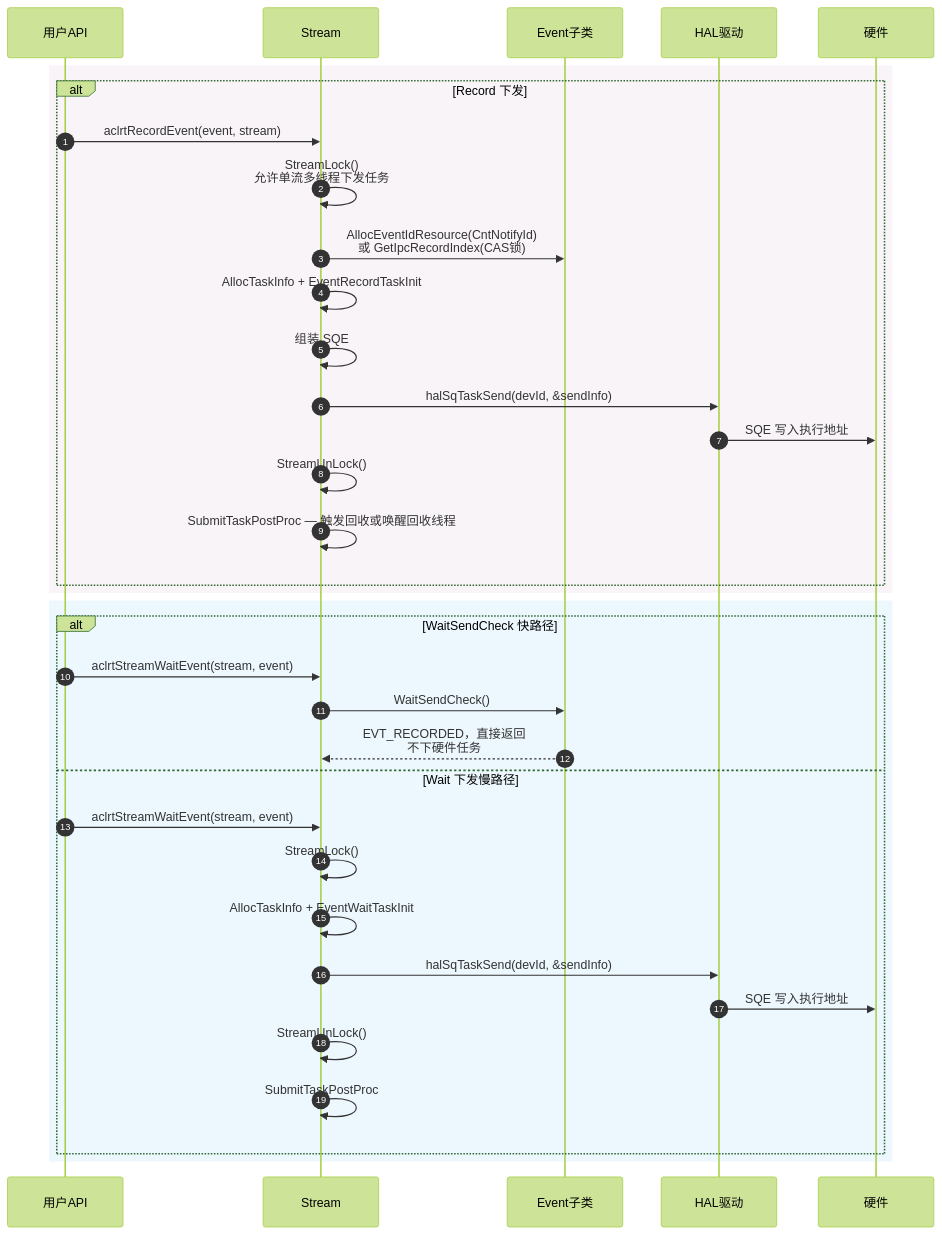
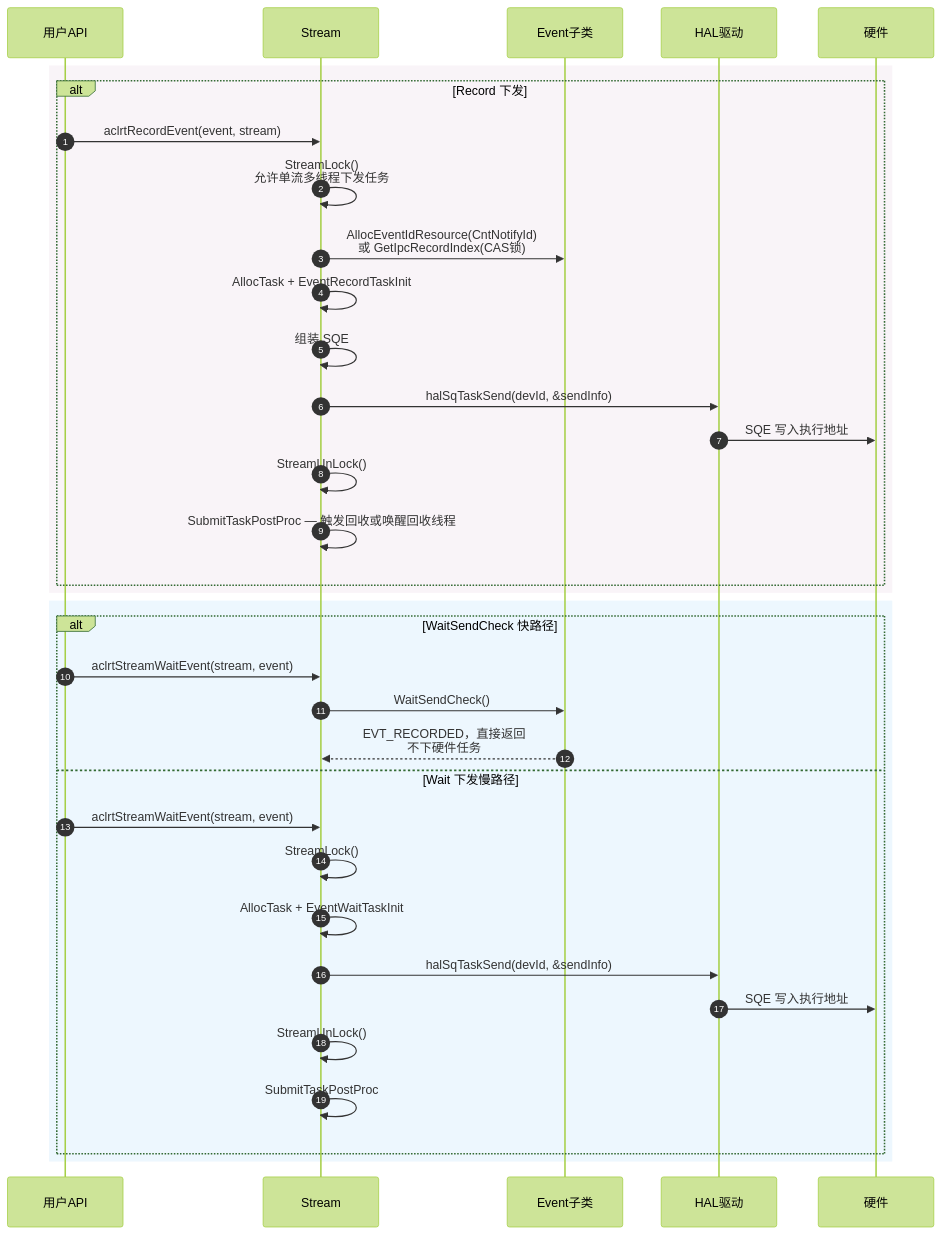
One commit to hicann/runtime changed the second of 11 diagrams in docs/zh/design/modules/event/event.md. Above: the diagram before and after it, drawn with Mermaid (forest theme). The commit also changed other lines of this file and 6 other files, not shown here.

````diff
--- a/docs/zh/design/modules/event/event.md
+++ b/docs/zh/design/modules/event/event.md
@@ -141,41 +141,41 @@
 ```mermaid
 
 sequenceDiagram
     autonumber
     participant App as 用户API
     participant Stream as Stream
     participant EventSub as Event子类
     participant Driver as HAL驱动
     participant HW as 硬件
 
     rect rgba(245, 237, 244, 0.62)
         alt Record 下发
             App->>Stream: aclrtRecordEvent(event, stream)
             Stream->>Stream: StreamLock() <br/> 允许单流多线程下发任务
             Stream->>EventSub: AllocEventIdResource(CntNotifyId) <br/> 或 GetIpcRecordIndex(CAS锁)
-            Stream->>Stream: AllocTaskInfo + EventRecordTaskInit
+            Stream->>Stream: AllocTask + EventRecordTaskInit
             Stream->>Stream: 组装 SQE
             Stream->>Driver: halSqTaskSend(devId, &sendInfo)
             Driver->>HW: SQE 写入执行地址
             Stream->>Stream: StreamUnLock()
             Stream->>Stream: SubmitTaskPostProc — 触发回收或唤醒回收线程
         end
     end
 
     rect rgba(227, 242, 253, 0.62)
         alt WaitSendCheck 快路径
             App->>Stream: aclrtStreamWaitEvent(stream, event)
             Stream->>EventSub: WaitSendCheck()
             EventSub-->>Stream: EVT_RECORDED，直接返回 <br/>不下硬件任务
         else Wait 下发慢路径
             App->>Stream: aclrtStreamWaitEvent(stream, event)
             Stream->>Stream: StreamLock()
-            Stream->>Stream: AllocTaskInfo + EventWaitTaskInit
+            Stream->>Stream: AllocTask + EventWaitTaskInit
             Stream->>Driver: halSqTaskSend(devId, &sendInfo)
             Driver->>HW: SQE 写入执行地址
             Stream->>Stream: StreamUnLock()
             Stream->>Stream: SubmitTaskPostProc
         end
     end
 
 ```
````
